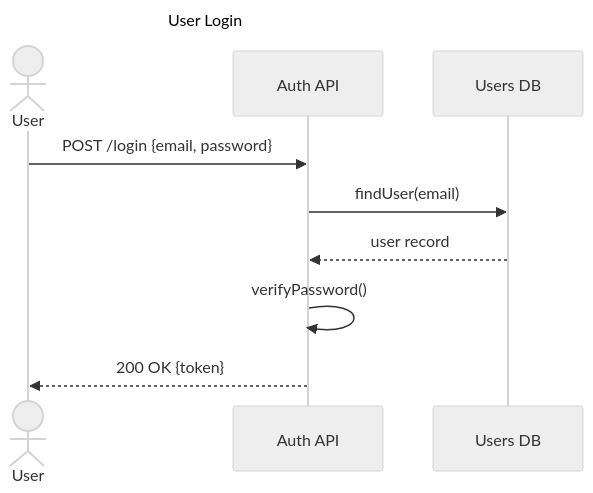
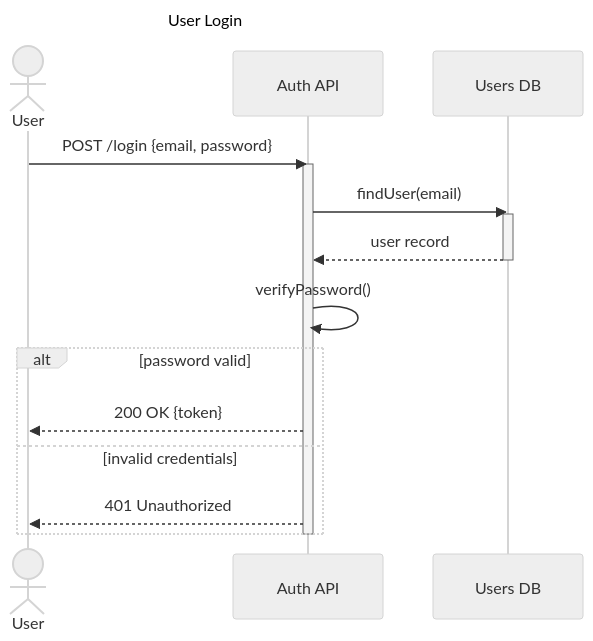
The diagram in test_scripts/gallery/mermaid_sequence/advanced_01.mmd (nochoco-lee/posit), drawn with Mermaid (neutral theme) before and after one commit. The commit also changed 39 other files, not shown here.

First line of the commit message:
feat: rewrite all advanced diagrams with commonly-used features

```diff
--- a/test_scripts/gallery/mermaid_sequence/advanced_01.mmd
+++ b/test_scripts/gallery/mermaid_sequence/advanced_01.mmd
@@ -1,12 +1,21 @@
 sequenceDiagram
     title User Login
 
     actor User
     participant Auth as Auth API
     participant DB as Users DB
 
     User->>Auth: POST /login {email, password}
+    activate Auth
     Auth->>DB: findUser(email)
+    activate DB
     DB-->>Auth: user record
+    deactivate DB
+
     Auth->>Auth: verifyPassword()
-    Auth-->>User: 200 OK {token}
+    alt password valid
+        Auth-->>User: 200 OK {token}
+    else invalid credentials
+        Auth-->>User: 401 Unauthorized
+    end
+    deactivate Auth
```
